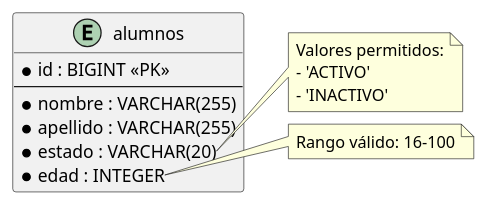
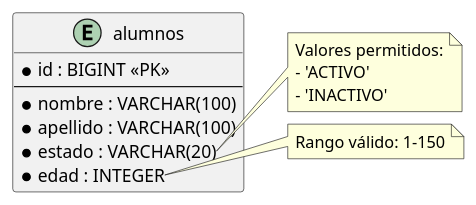
The sixth of 7 diagrams in docs/index.adoc (beta3000/webflux-alumnos), drawn with PlantUML before and after one commit. The commit also changed other lines of this file and 4 other files, not shown here.

```diff
--- a/docs/index.adoc
+++ b/docs/index.adoc
@@ -465,29 +476,29 @@
 [plantuml, esquema-bd, png]
 ----
 @startuml
 skinparam entity {
   BackgroundColor #E0F2F1
   BorderColor #00695C
 }
 
 entity "alumnos" {
   * id : BIGINT <<PK>>
   --
-  * nombre : VARCHAR(255)
-  * apellido : VARCHAR(255)
+  * nombre : VARCHAR(100)
+  * apellido : VARCHAR(100)
   * estado : VARCHAR(20)
   * edad : INTEGER
 }
 
 note right of alumnos::estado
   Valores permitidos:
   - 'ACTIVO'
   - 'INACTIVO'
 end note
 
 note right of alumnos::edad
-  Rango válido: 16-100
+  Rango válido: 1-150
 end note
 
 @enduml
 ----
```
